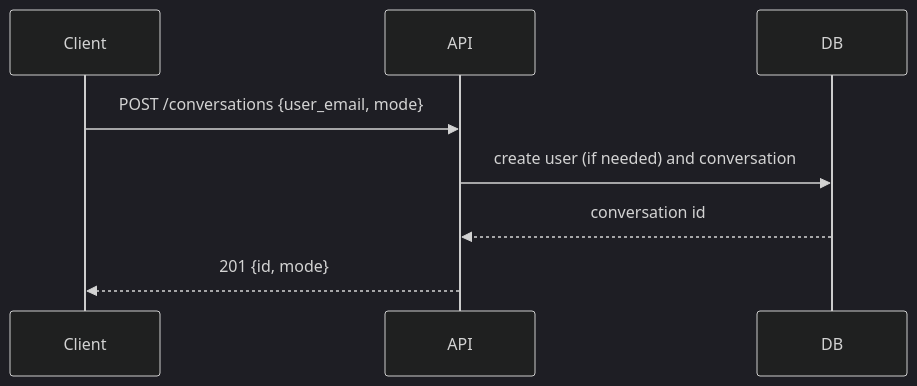
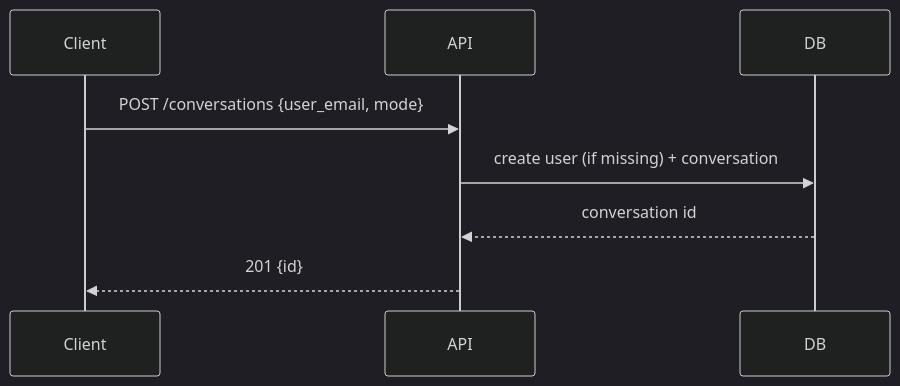
One commit to Rishabh1106/test-repo changed the third of 7 diagrams in README.md. Above: the diagram before and after it, drawn with Mermaid (dark theme). The commit also changed other lines of this file, not shown here.

````diff
--- a/README.md
+++ b/README.md
@@ -91,11 +85,11 @@
 ```mermaid
 sequenceDiagram
   participant Client
   participant API
   participant DB
 
   Client->>API: POST /conversations {user_email, mode}
-  API->>DB: create user (if needed) and conversation
+  API->>DB: create user (if missing) + conversation
   DB-->>API: conversation id
-  API-->>Client: 201 {id, mode}
+  API-->>Client: 201 {id}
 ```
````
